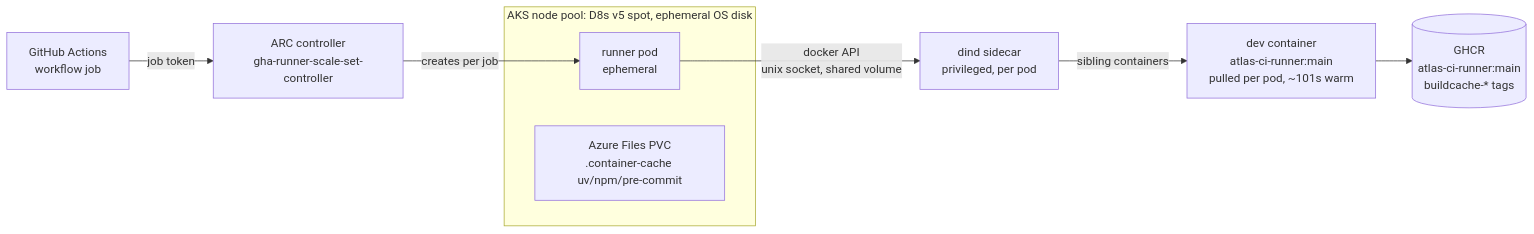
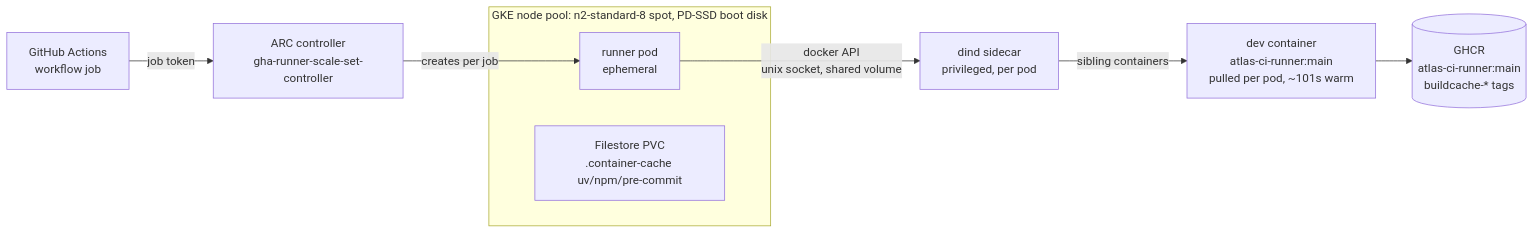
Before and after one commit to aureliusenterprise/aurelius-atlas: the diagram in docs/architecture/self-hosted-ci.md, drawn with Mermaid. The commit also changed other lines of this file and 14 other files, not shown here.

First line of the commit message:
chore(ci): pivot self-hosted CI plan from AKS to GKE

````diff
--- a/docs/architecture/self-hosted-ci.md
+++ b/docs/architecture/self-hosted-ci.md
@@ -33,12 +36,12 @@
 ```mermaid
 flowchart LR
     GH[GitHub Actions<br/>workflow job] -->|job token| ARC[ARC controller<br/>gha-runner-scale-set-controller]
     ARC -->|creates per job| POD[runner pod<br/>ephemeral]
-    subgraph NODE[AKS node pool: D8s v5 spot, ephemeral OS disk]
+    subgraph NODE[GKE node pool: n2-standard-8 spot, PD-SSD boot disk]
         POD
-        AF[Azure Files PVC<br/>.container-cache uv/npm/pre-commit]
+        FS[Filestore PVC<br/>.container-cache uv/npm/pre-commit]
     end
     POD -->|docker API<br/>unix socket, shared volume| DIND[dind sidecar<br/>privileged, per pod]
     DIND -->|sibling containers| DC[dev container<br/>atlas-ci-runner:main<br/>pulled per pod, ~101s warm]
     DC --> GHCR[(GHCR<br/>atlas-ci-runner:main<br/>buildcache-* tags)]
 ```
````
